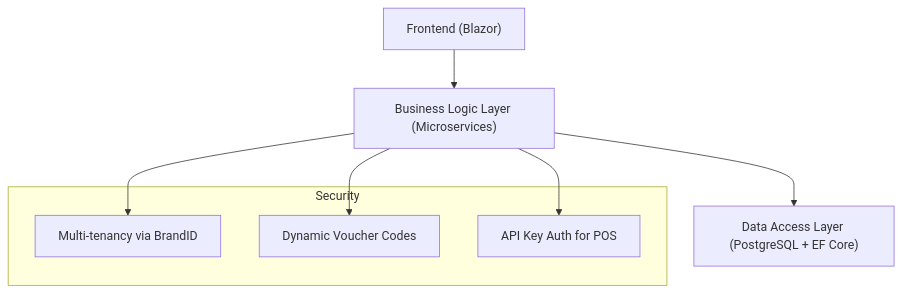
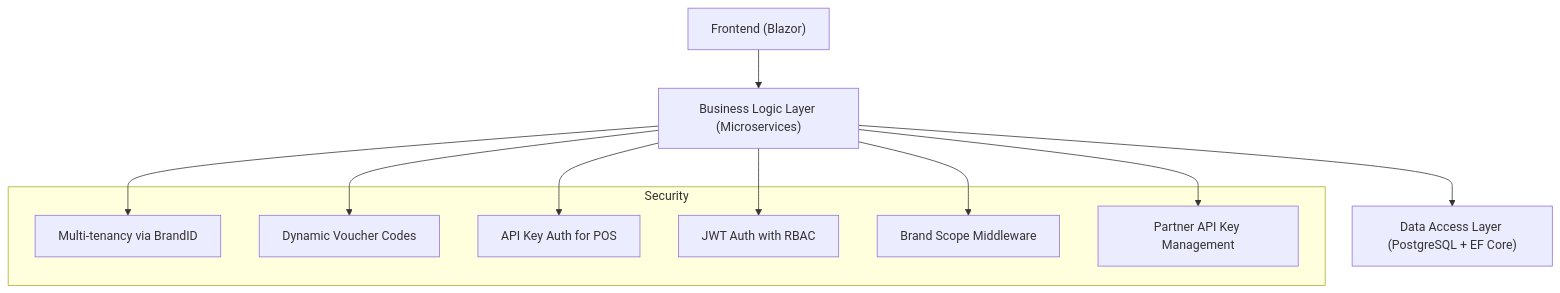
The second of 6 diagrams in .qoder/repowiki/en/content/API Contracts and Integration/API Contracts and Integration.md (lamhongbac/NonCash), drawn with Mermaid before and after one commit. The commit also changed other lines of this file and 13 other files, not shown here.

````diff
--- a/.qoder/repowiki/en/content/API Contracts and Integration/API Contracts and Integration.md
+++ b/.qoder/repowiki/en/content/API Contracts and Integration/API Contracts and Integration.md
@@ -107,13 +211,19 @@
 ```mermaid
 graph TB
 UI["Frontend (Blazor)"] --> BLL["Business Logic Layer (Microservices)"]
 BLL --> DAL["Data Access Layer (PostgreSQL + EF Core)"]
 subgraph "Security"
 MT["Multi-tenancy via BrandID"]
 DS["Dynamic Voucher Codes"]
 AK["API Key Auth for POS"]
+JWT["JWT Auth with RBAC"]
+BS["Brand Scope Middleware"]
+PK["Partner API Key Management"]
 end
 BLL --> MT
 BLL --> DS
 BLL --> AK
+BLL --> JWT
+BLL --> BS
+BLL --> PK
 ```
````
